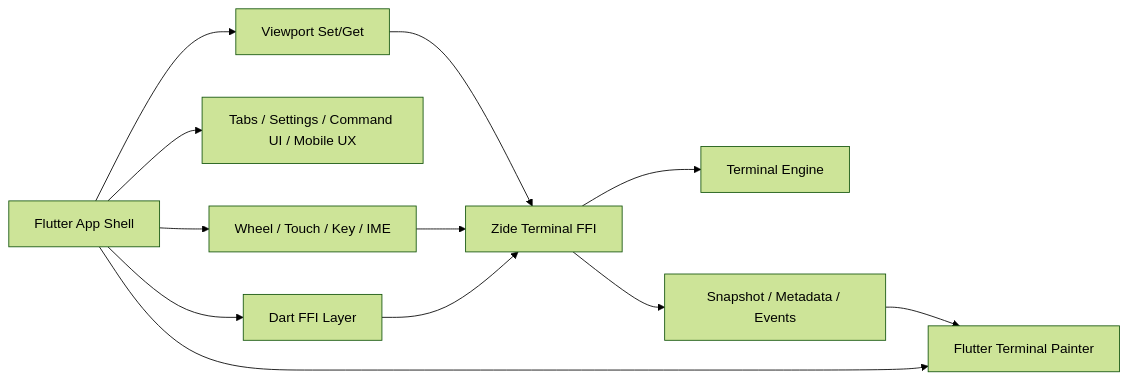
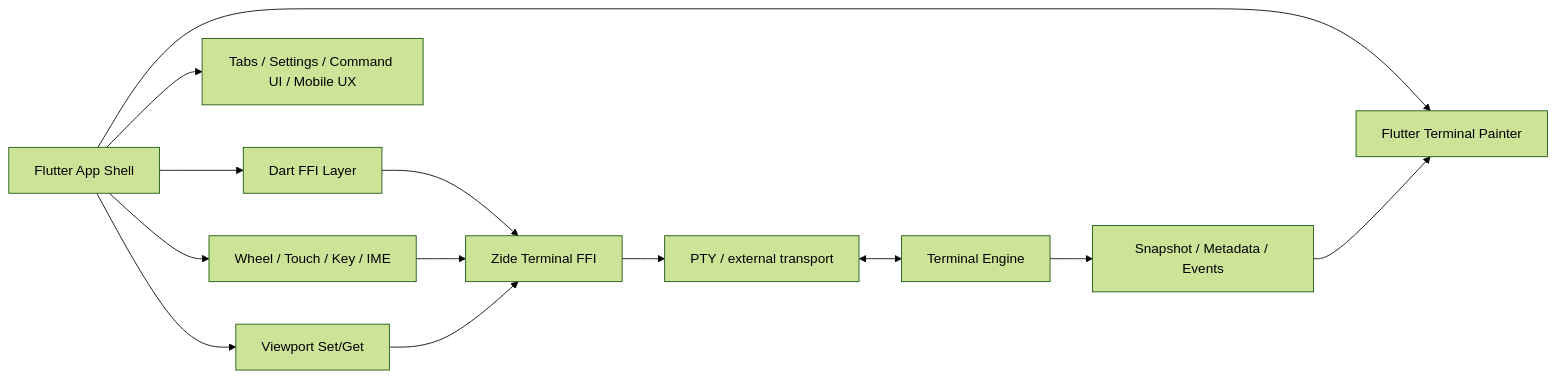
One commit to LaurenceGuws/Zide changed the eighth of 8 diagrams in app_architecture/terminal/TERMINAL_ARCHITECTURE_COMPARISON.md. Above: the diagram before and after it, drawn with Mermaid (forest theme). The commit also changed other lines of this file and 3 other files, not shown here.

Commit message:
Polish terminal architecture authority docs

````diff
--- a/app_architecture/terminal/TERMINAL_ARCHITECTURE_COMPARISON.md
+++ b/app_architecture/terminal/TERMINAL_ARCHITECTURE_COMPARISON.md
@@ -262,14 +262,15 @@
 ```mermaid
 flowchart LR
     Flutter[Flutter App Shell] --> Dart[Dart FFI Layer]
     Dart --> ZideFFI[Zide Terminal FFI]
-    ZideFFI --> Engine[Terminal Engine]
+    ZideFFI --> Transport[PTY / external transport]
+    Transport <--> Engine[Terminal Engine]
     Flutter --> Painter[Flutter Terminal Painter]
-    ZideFFI --> Snapshot[Snapshot / Metadata / Events]
+    Engine --> Snapshot[Snapshot / Metadata / Events]
     Snapshot --> Painter
     Flutter --> UX[Tabs / Settings / Command UI / Mobile UX]
     Flutter --> Input[Wheel / Touch / Key / IME]
     Input --> ZideFFI
     Flutter --> Viewport[Viewport Set/Get]
     Viewport --> ZideFFI
 ```
````
